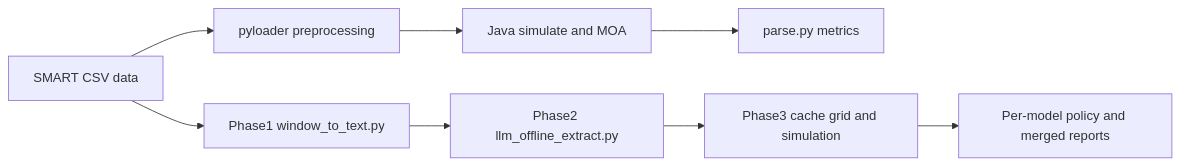
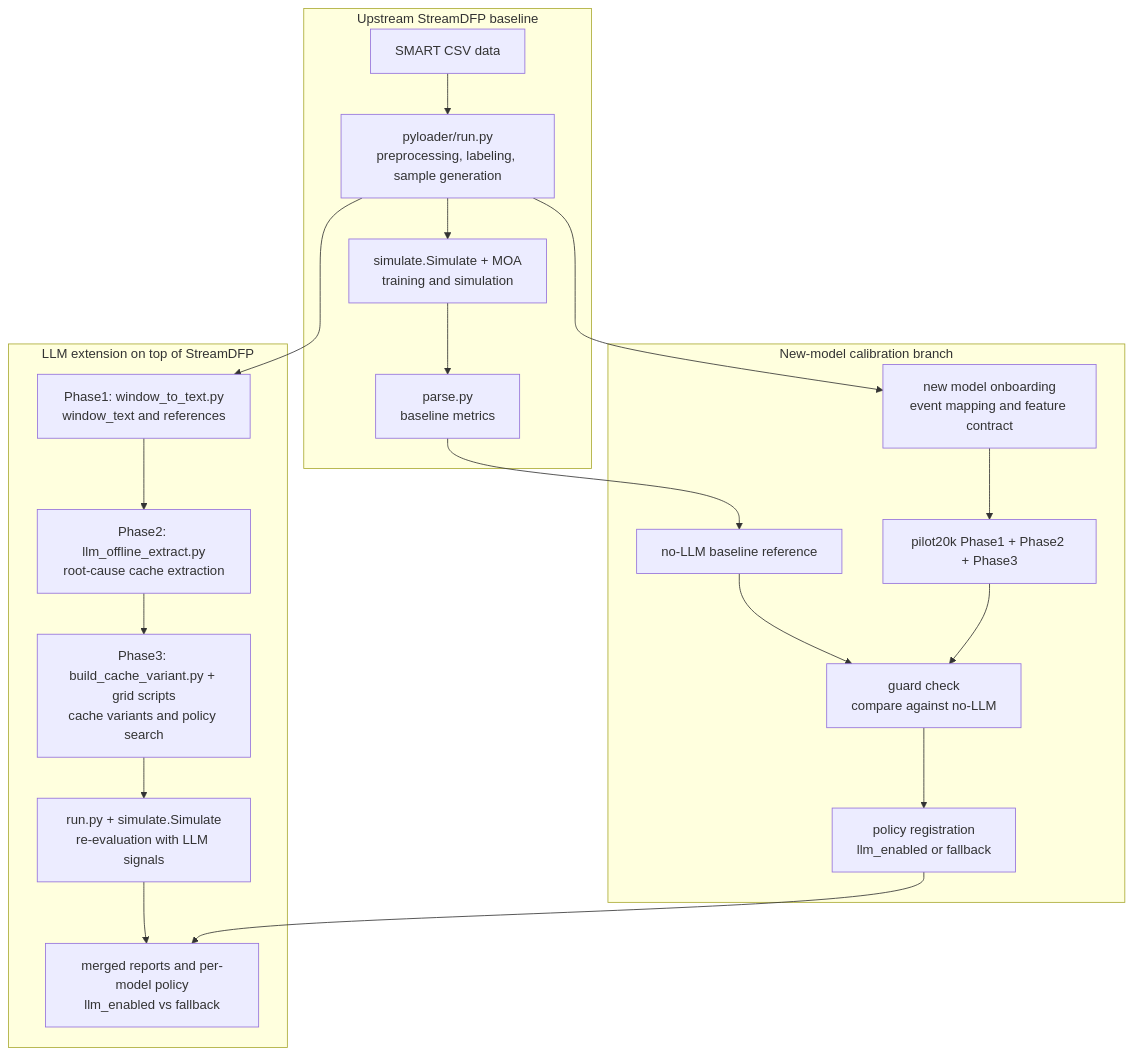
The diagram in README.md (zmdlmd/StreamDFP-LLM-Extension), drawn with Mermaid before and after one commit. The commit also changed other lines of this file and 11 other files, not shown here.

Commit message:
Add disk-model onboarding calibration workflow

````diff
--- a/README.md
+++ b/README.md
@@ -15,11 +16,28 @@
 ```mermaid
-flowchart LR
-    A[SMART CSV data] --> B[pyloader preprocessing]
-    B --> C[Java simulate and MOA]
-    C --> D[parse.py metrics]
+flowchart TB
+    A[SMART CSV data]
 
-    A --> E[Phase1 window_to_text.py]
-    E --> F[Phase2 llm_offline_extract.py]
-    F --> G[Phase3 cache grid and simulation]
-    G --> H[Per-model policy and merged reports]
+    subgraph U[Upstream StreamDFP baseline]
+        A --> B[pyloader/run.py<br/>preprocessing, labeling, sample generation]
+        B --> C[simulate.Simulate + MOA<br/>training and simulation]
+        C --> D[parse.py<br/>baseline metrics]
+    end
+
+    subgraph L[LLM extension on top of StreamDFP]
+        B --> E[Phase1: window_to_text.py<br/>window_text and references]
+        E --> F[Phase2: llm_offline_extract.py<br/>root-cause cache extraction]
+        F --> G[Phase3: build_cache_variant.py + grid scripts<br/>cache variants and policy search]
+        G --> H[run.py + simulate.Simulate<br/>re-evaluation with LLM signals]
+        H --> I[merged reports and per-model policy<br/>llm_enabled vs fallback]
+    end
+
+    subgraph N[New-model calibration branch]
+        B --> J[new model onboarding<br/>event mapping and feature contract]
+        D --> K[no-LLM baseline reference]
+        J --> L1[pilot20k Phase1 + Phase2 + Phase3]
+        K --> M[guard check<br/>compare against no-LLM]
+        L1 --> M
+        M --> N1[policy registration<br/>llm_enabled or fallback]
+        N1 --> I
+    end
 ```
````
